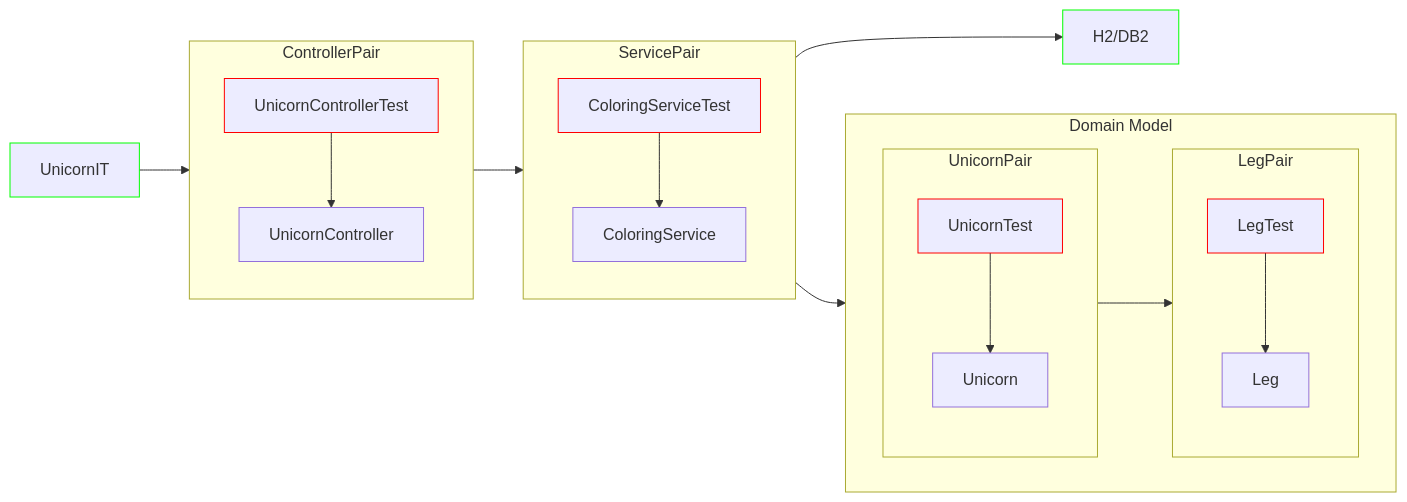
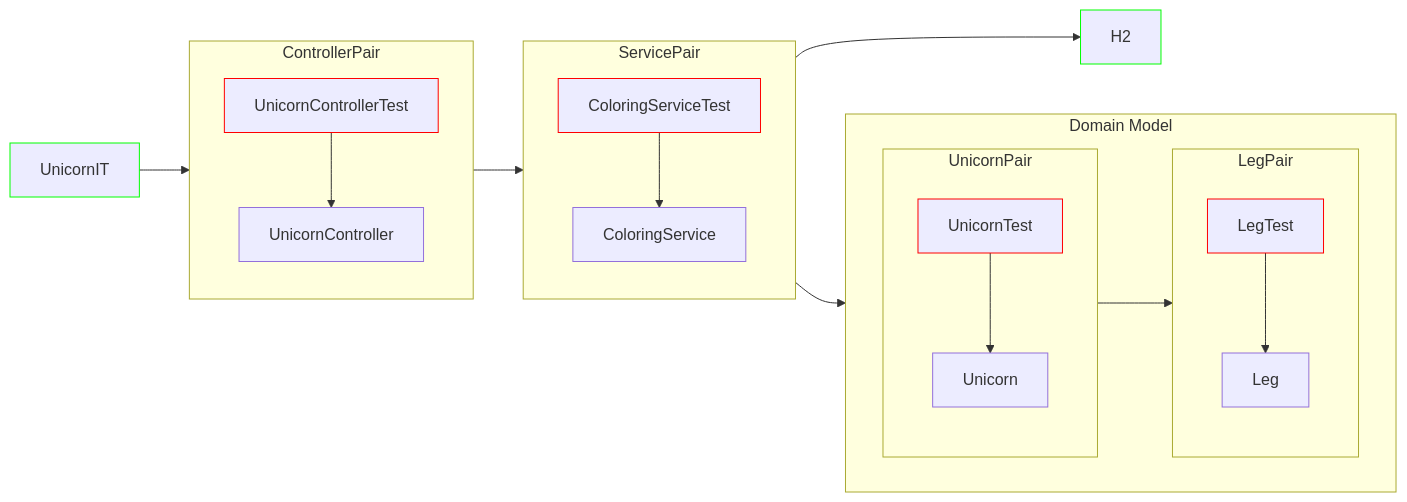
The third of 5 diagrams in README.md (AukeHaanstra/unicorn), drawn with Mermaid before and after one commit. The commit also changed other lines of this file, not shown here.

Commit message:
Removed irrelevant db type.

````diff
--- a/README.md
+++ b/README.md
@@ -138,36 +138,36 @@
 ```mermaid
 flowchart LR
     UnicornIT --> ControllerPair
     subgraph ControllerPair
         direction TB
         UnicornControllerTest --> UnicornController
     end
     subgraph ServicePair
         direction TB
     ColoringServiceTest --> ColoringService
     end
     ControllerPair --> ServicePair
     ServicePair --> UnicornPair
     subgraph Domain Model
         direction LR
         UnicornPair --> LegPair
         subgraph UnicornPair
             direction TB
             UnicornTest --> Unicorn
         end
         subgraph LegPair
             direction TB
             LegTest --> Leg
         end
 
     end
-    ServicePair --> H2/DB2
+    ServicePair --> H2
     classDef red stroke:#f00;
     class UnicornControllerTest red;
     class ColoringServiceTest red;
     class UnicornTest red;
     class LegTest red;
     classDef green stroke:#0f0
     class UnicornIT green;
-    class H2/DB2 green;
+    class H2 green;
 ```
````
